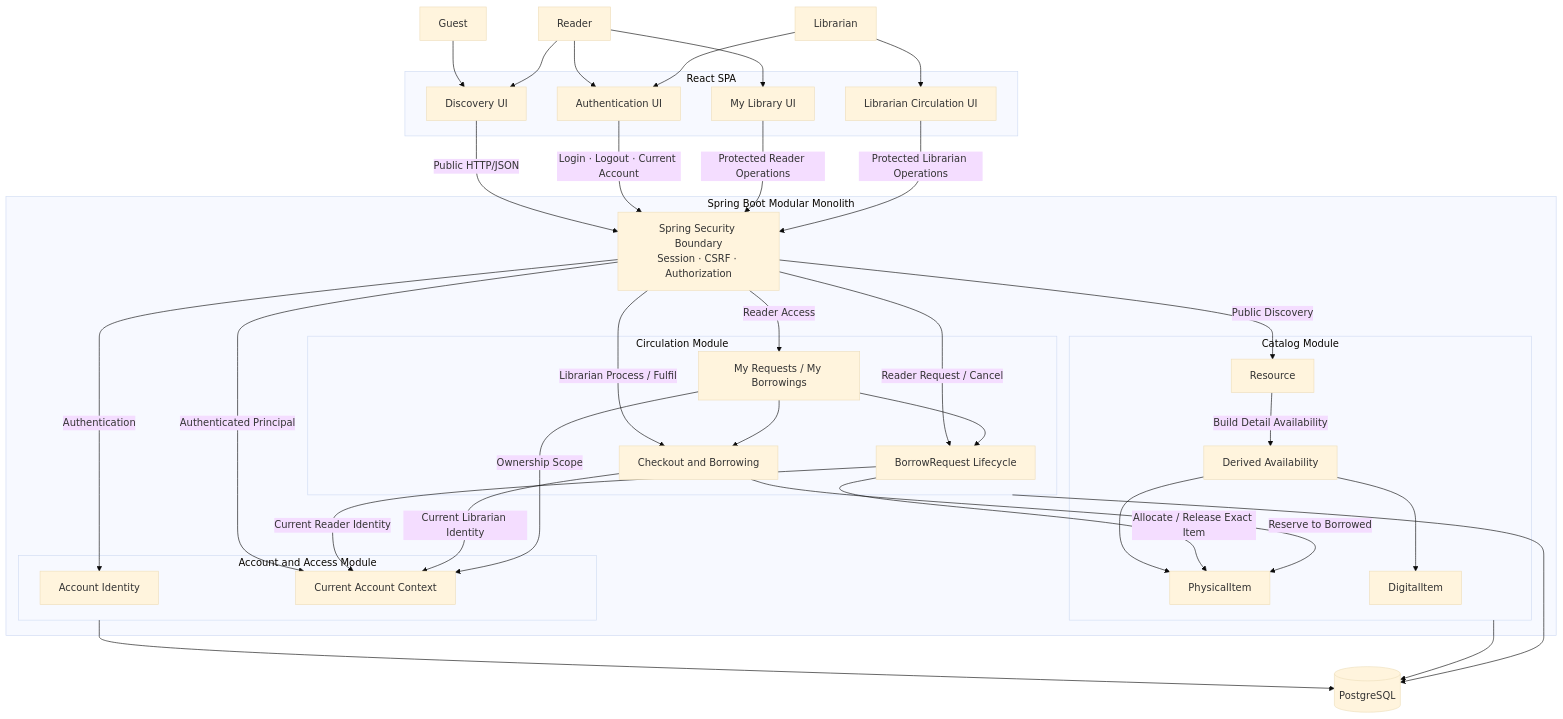
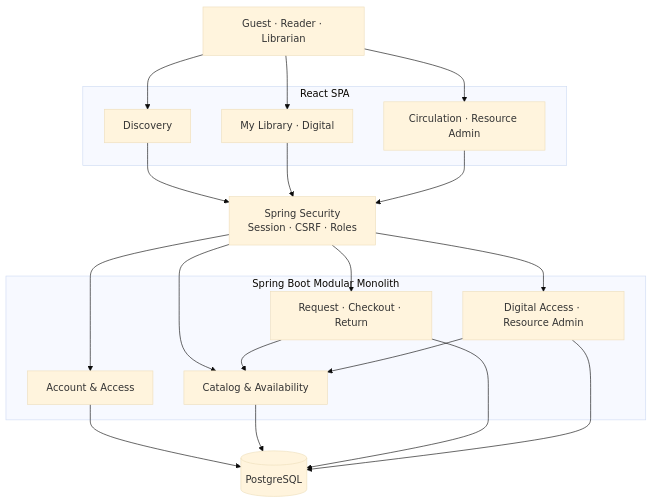
One commit to hoanglcnn-oss/Librio-Group7 changed the diagram in docs/hld/component-diagram.mmd. Above: the diagram before and after it, drawn with Mermaid (base theme). The commit also changed other lines of this file and 13 other files, not shown here.

```diff
--- a/docs/hld/component-diagram.mmd
+++ b/docs/hld/component-diagram.mmd
@@ -1,71 +1,36 @@
 flowchart TB
-Guest["Guest"]
-Reader["Reader"]
-Librarian["Librarian"]
+    Users["Guest · Reader · Librarian"]
 
-subgraph Client["React SPA"]
-    DiscoveryUI["Discovery UI"]
-    AuthUI["Authentication UI"]
-    MyLibraryUI["My Library UI"]
-    LibrarianUI["Librarian Circulation UI"]
-end
-
-subgraph Backend["Spring Boot Modular Monolith"]
-    Security["Spring Security Boundary<br/>Session · CSRF · Authorization"]
-
-    subgraph AccountModule["Account and Access Module"]
-        Account["Account Identity"]
-        CurrentAccount["Current Account Context"]
+    subgraph Client["React SPA"]
+        Discovery["Discovery"]
+        ReaderUI["My Library · Digital"]
+        LibrarianUI["Circulation · Resource Admin"]
     end
 
-    subgraph CatalogModule["Catalog Module"]
-        Resource["Resource"]
-        PhysicalItem["PhysicalItem"]
-        DigitalItem["DigitalItem"]
-        Availability["Derived Availability"]
+    Security["Spring Security<br/>Session · CSRF · Roles"]
+
+    subgraph Backend["Spring Boot Modular Monolith"]
+        Account["Account & Access"]
+        Catalog["Catalog & Availability"]
+        Circulation["Request · Checkout · Return"]
+        Admin["Digital Access · Resource Admin"]
     end
 
-    subgraph CirculationModule["Circulation Module"]
-        BorrowRequest["BorrowRequest Lifecycle"]
-        Checkout["Checkout and Borrowing"]
-        MyLibrary["My Requests / My Borrowings"]
-    end
-end
+    Database[("PostgreSQL")]
 
-Database[("PostgreSQL")]
-
-Guest --> DiscoveryUI
-Reader --> DiscoveryUI
-Reader --> AuthUI
-Reader --> MyLibraryUI
-Librarian --> AuthUI
-Librarian --> LibrarianUI
-
-DiscoveryUI -->|"Public HTTP/JSON"| Security
-AuthUI -->|"Login · Logout · Current Account"| Security
-MyLibraryUI -->|"Protected Reader Operations"| Security
-LibrarianUI -->|"Protected Librarian Operations"| Security
-
-Security -->|"Public Discovery"| Resource
-Security -->|"Authentication"| Account
-Security -->|"Authenticated Principal"| CurrentAccount
-Security -->|"Reader Access"| MyLibrary
-Security -->|"Reader Request / Cancel"| BorrowRequest
-Security -->|"Librarian Process / Fulfil"| Checkout
-
-Resource -->|"Build Detail Availability"| Availability
-Availability --> PhysicalItem
-Availability --> DigitalItem
-
-BorrowRequest -->|"Current Reader Identity"| CurrentAccount
-Checkout -->|"Current Librarian Identity"| CurrentAccount
-MyLibrary -->|"Ownership Scope"| CurrentAccount
-
-BorrowRequest -->|"Allocate / Release Exact Item"| PhysicalItem
-Checkout -->|"Reserve to Borrowed"| PhysicalItem
-MyLibrary --> BorrowRequest
-MyLibrary --> Checkout
-
-AccountModule --> Database
-CatalogModule --> Database
-CirculationModule --> Database
+    Users --> Discovery
+    Users --> ReaderUI
+    Users --> LibrarianUI
+    Discovery --> Security
+    ReaderUI --> Security
+    LibrarianUI --> Security
+    Security --> Account
+    Security --> Catalog
+    Security --> Circulation
+    Security --> Admin
+    Circulation --> Catalog
+    Admin --> Catalog
+    Account --> Database
+    Catalog --> Database
+    Circulation --> Database
+    Admin --> Database
```
